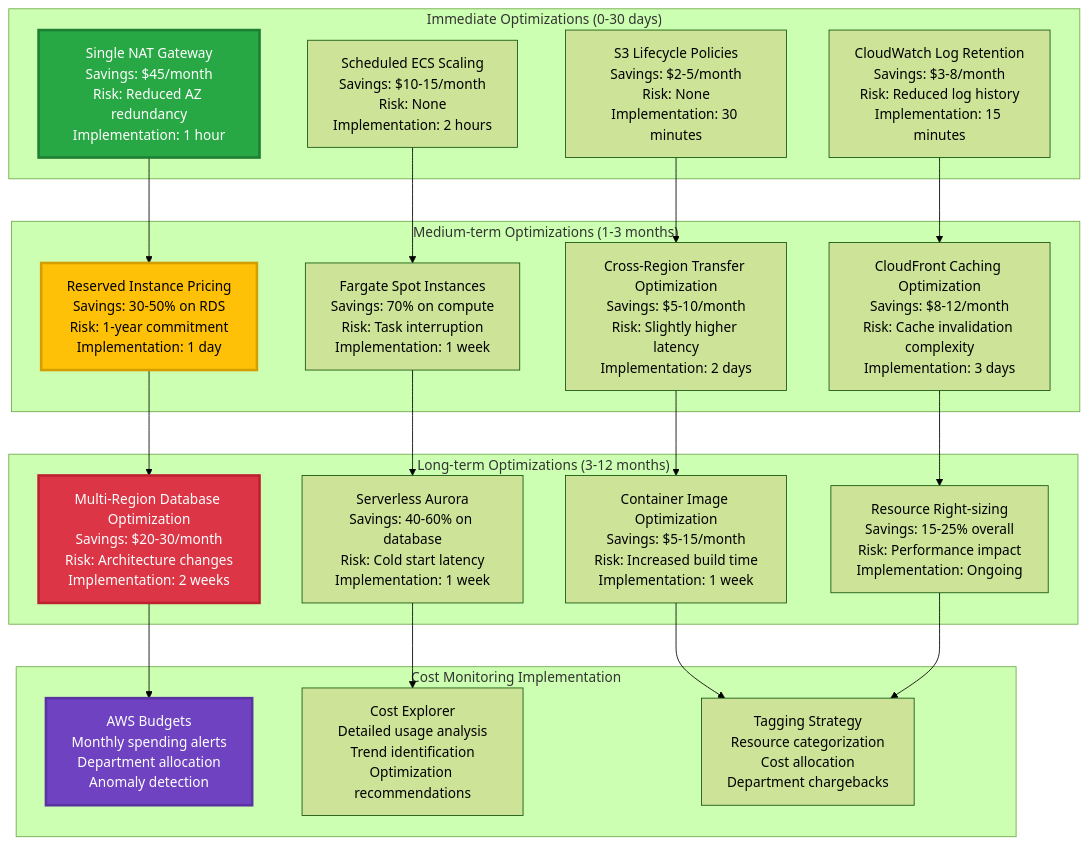
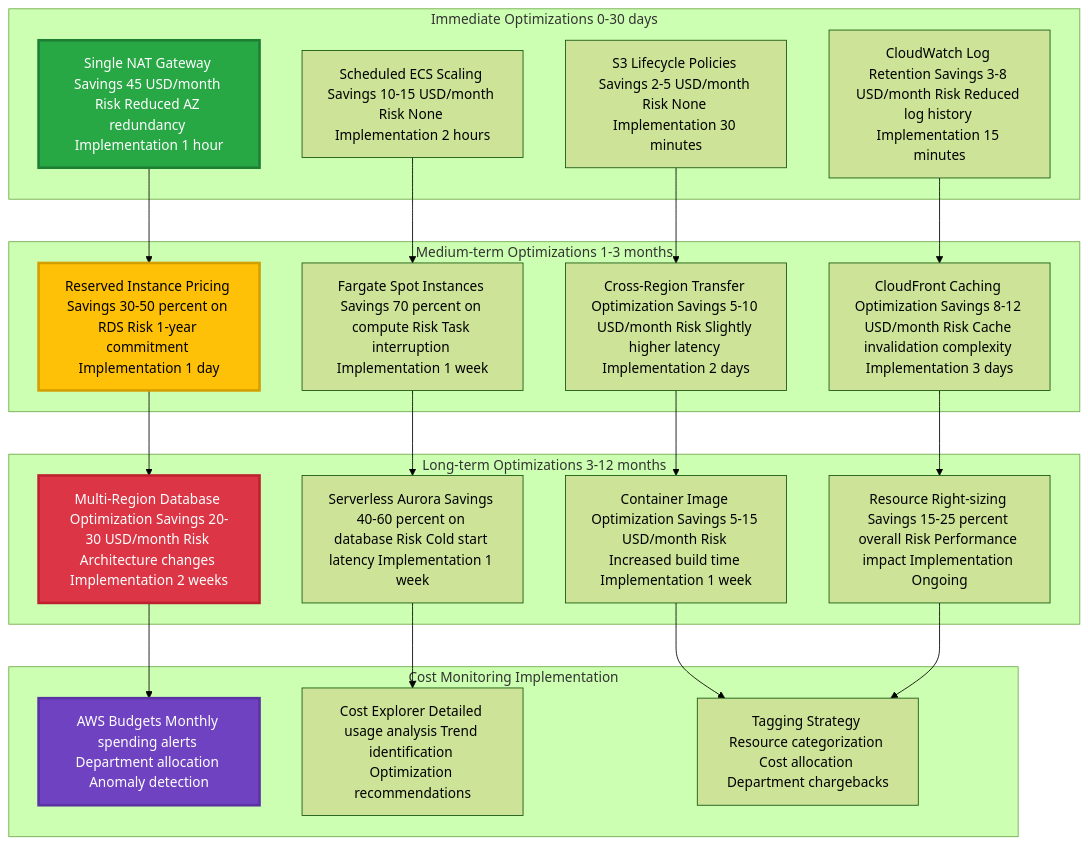
Diagram 15 of 20 in README.md (mangucletus/disaster-recovery-for-containerized-lamp-stack-application), drawn with Mermaid (forest theme) before and after one commit. The commit also changed other lines of this file, not shown here.

````diff
--- a/README.md
+++ b/README.md
@@ -1162,49 +1162,49 @@
 ```mermaid
 graph TD
-    subgraph "Immediate Optimizations (0-30 days)"
-        OPT1[Single NAT Gateway<br/>Savings: $45/month<br/>Risk: Reduced AZ redundancy<br/>Implementation: 1 hour]
-        OPT2[Scheduled ECS Scaling<br/>Savings: $10-15/month<br/>Risk: None<br/>Implementation: 2 hours]
-        OPT3[S3 Lifecycle Policies<br/>Savings: $2-5/month<br/>Risk: None<br/>Implementation: 30 minutes]
-        OPT4[CloudWatch Log Retention<br/>Savings: $3-8/month<br/>Risk: Reduced log history<br/>Implementation: 15 minutes]
+    subgraph "Immediate Optimizations 0-30 days"
+        OPT1[Single NAT Gateway Savings 45 USD/month Risk Reduced AZ redundancy Implementation 1 hour]
+        OPT2[Scheduled ECS Scaling Savings 10-15 USD/month Risk None Implementation 2 hours]
+        OPT3[S3 Lifecycle Policies Savings 2-5 USD/month Risk None Implementation 30 minutes]
+        OPT4[CloudWatch Log Retention Savings 3-8 USD/month Risk Reduced log history Implementation 15 minutes]
     end
     
-    subgraph "Medium-term Optimizations (1-3 months)"
-        OPT5[Reserved Instance Pricing<br/>Savings: 30-50% on RDS<br/>Risk: 1-year commitment<br/>Implementation: 1 day]
-        OPT6[Fargate Spot Instances<br/>Savings: 70% on compute<br/>Risk: Task interruption<br/>Implementation: 1 week]
-        OPT7[Cross-Region Transfer Optimization<br/>Savings: $5-10/month<br/>Risk: Slightly higher latency<br/>Implementation: 2 days]
-        OPT8[CloudFront Caching Optimization<br/>Savings: $8-12/month<br/>Risk: Cache invalidation complexity<br/>Implementation: 3 days]
+    subgraph "Medium-term Optimizations 1-3 months"
+        OPT5[Reserved Instance Pricing Savings 30-50 percent on RDS Risk 1-year commitment Implementation 1 day]
+        OPT6[Fargate Spot Instances Savings 70 percent on compute Risk Task interruption Implementation 1 week]
+        OPT7[Cross-Region Transfer Optimization Savings 5-10 USD/month Risk Slightly higher latency Implementation 2 days]
+        OPT8[CloudFront Caching Optimization Savings 8-12 USD/month Risk Cache invalidation complexity Implementation 3 days]
     end
     
-    subgraph "Long-term Optimizations (3-12 months)"
-        OPT9[Multi-Region Database Optimization<br/>Savings: $20-30/month<br/>Risk: Architecture changes<br/>Implementation: 2 weeks]
-        OPT10[Serverless Aurora<br/>Savings: 40-60% on database<br/>Risk: Cold start latency<br/>Implementation: 1 week]
-        OPT11[Container Image Optimization<br/>Savings: $5-15/month<br/>Risk: Increased build time<br/>Implementation: 1 week]
-        OPT12[Resource Right-sizing<br/>Savings: 15-25% overall<br/>Risk: Performance impact<br/>Implementation: Ongoing]
+    subgraph "Long-term Optimizations 3-12 months"
+        OPT9[Multi-Region Database Optimization Savings 20-30 USD/month Risk Architecture changes Implementation 2 weeks]
+        OPT10[Serverless Aurora Savings 40-60 percent on database Risk Cold start latency Implementation 1 week]
+        OPT11[Container Image Optimization Savings 5-15 USD/month Risk Increased build time Implementation 1 week]
+        OPT12[Resource Right-sizing Savings 15-25 percent overall Risk Performance impact Implementation Ongoing]
     end
     
     subgraph "Cost Monitoring Implementation"
-        BUDGET1[AWS Budgets<br/>Monthly spending alerts<br/>Department allocation<br/>Anomaly detection]
-        BUDGET2[Cost Explorer<br/>Detailed usage analysis<br/>Trend identification<br/>Optimization recommendations]
-        BUDGET3[Tagging Strategy<br/>Resource categorization<br/>Cost allocation<br/>Department chargebacks]
+        BUDGET1[AWS Budgets Monthly spending alerts Department allocation Anomaly detection]
+        BUDGET2[Cost Explorer Detailed usage analysis Trend identification Optimization recommendations]
+        BUDGET3[Tagging Strategy Resource categorization Cost allocation Department chargebacks]
     end
     
     OPT1 --> OPT5
     OPT2 --> OPT6
     OPT3 --> OPT7
     OPT4 --> OPT8
     
     OPT5 --> OPT9
     OPT6 --> OPT10
     OPT7 --> OPT11
     OPT8 --> OPT12
     
     OPT9 --> BUDGET1
     OPT10 --> BUDGET2
     OPT11 --> BUDGET3
     OPT12 --> BUDGET3
     
     style OPT1 fill:#28a745,color:#ffffff,stroke:#1e7e34,stroke-width:3px
     style OPT5 fill:#ffc107,color:#000000,stroke:#d39e00,stroke-width:3px
     style OPT9 fill:#dc3545,color:#ffffff,stroke:#bd2130,stroke-width:3px
     style BUDGET1 fill:#6f42c1,color:#ffffff,stroke:#5a32a3,stroke-width:3px
 ```
````
